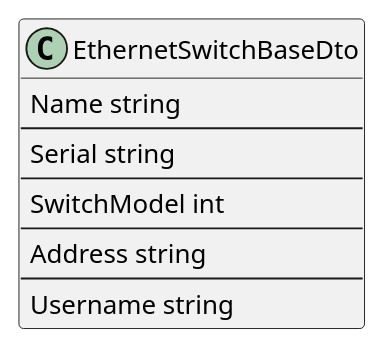
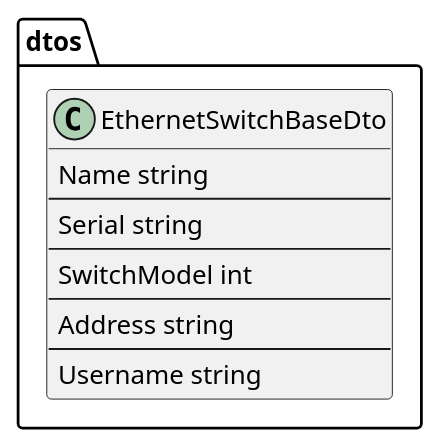
The diagram in docs/plantuml/dto/EthernetSwitch/EthernetSwitchBaseDto.puml (lf-edge/rol), drawn with PlantUML before and after one commit. The commit also changed 26 other files, not shown here.

```diff
--- a/docs/plantuml/dto/EthernetSwitch/EthernetSwitchBaseDto.puml
+++ b/docs/plantuml/dto/EthernetSwitch/EthernetSwitchBaseDto.puml
@@ -1,15 +1,17 @@
 @startuml EthernetSwitchBaseDto
 
-class EthernetSwitchBaseDto {
-    Name string
-    --
-    Serial string
-    --
-    SwitchModel int
-    --
-    Address string
-    --
-    Username string
+package dtos {
+    class EthernetSwitchBaseDto {
+        Name string
+        --
+        Serial string
+        --
+        SwitchModel int
+        --
+        Address string
+        --
+        Username string
+    }
 }
 
 @enduml
```
